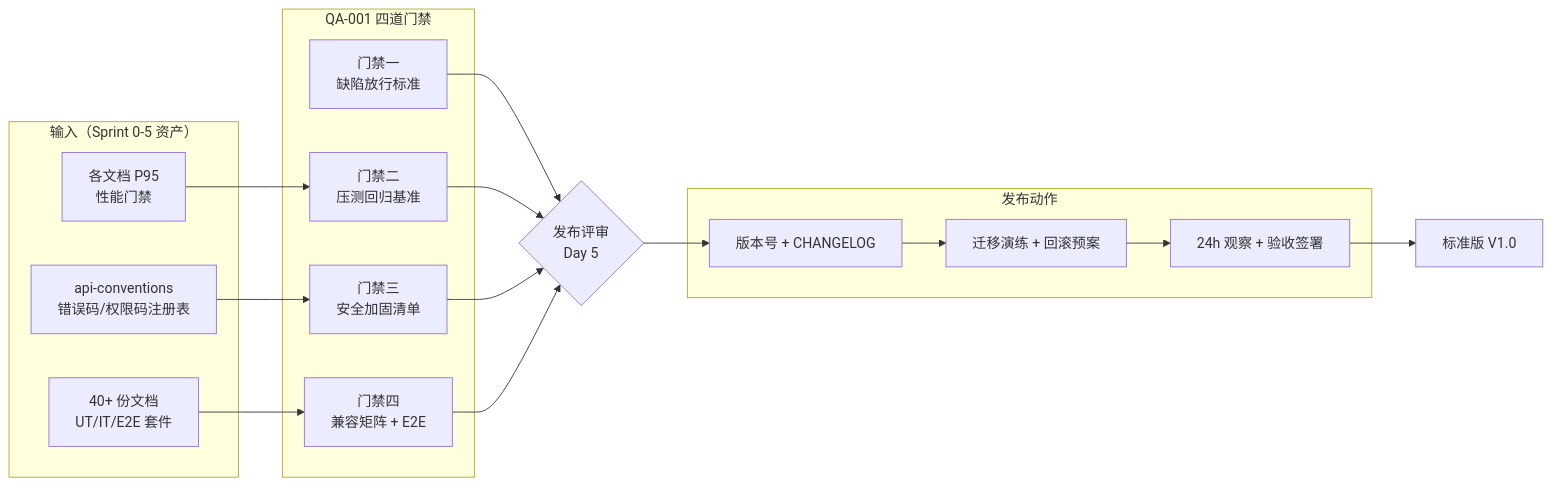
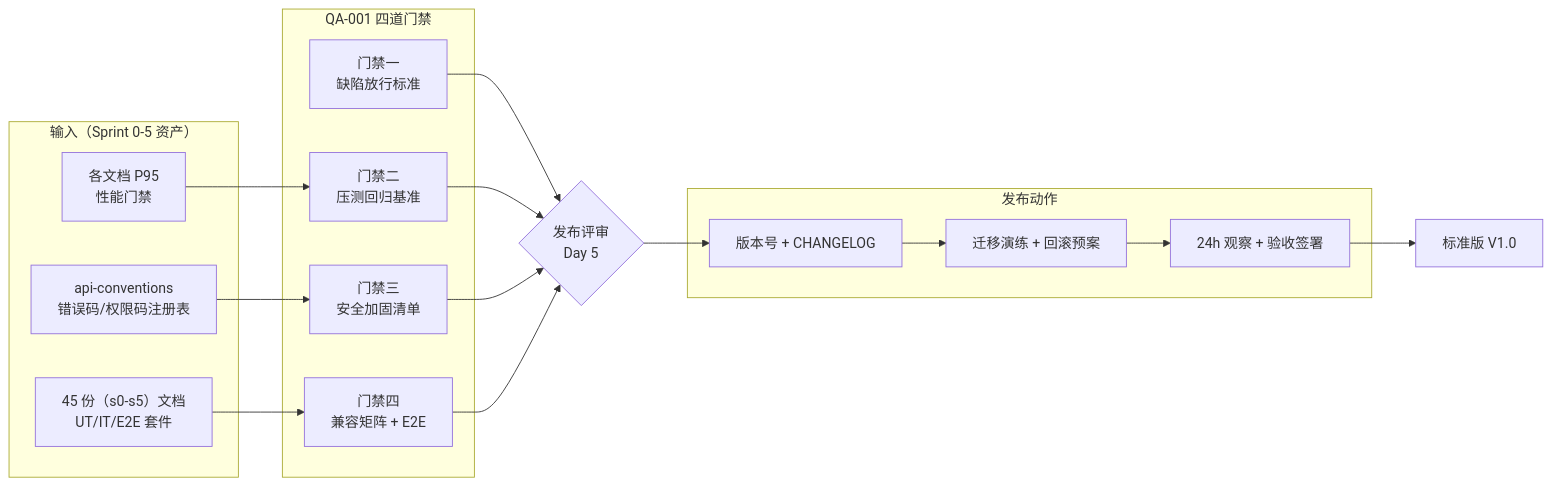
The first of 3 diagrams in docs/sprint-6-stabilize/QA-001-standard-release.md (RabbitAI-Lab/RabbitProjects), drawn with Mermaid before and after one commit. The commit also changed other lines of this file and 3 other files, not shown here.

````diff
--- a/docs/sprint-6-stabilize/QA-001-standard-release.md
+++ b/docs/sprint-6-stabilize/QA-001-standard-release.md
@@ -32,27 +32,27 @@
 ```mermaid
 flowchart LR
     subgraph IN["输入（Sprint 0-5 资产）"]
-        T1["40+ 份文档<br/>UT/IT/E2E 套件"]
+        T1["45 份（s0-s5）文档<br/>UT/IT/E2E 套件"]
         T2["各文档 P95<br/>性能门禁"]
         T3["api-conventions<br/>错误码/权限码注册表"]
     end
     subgraph GATE["QA-001 四道门禁"]
         G1["门禁一<br/>缺陷放行标准"]
         G2["门禁二<br/>压测回归基准"]
         G3["门禁三<br/>安全加固清单"]
         G4["门禁四<br/>兼容矩阵 + E2E"]
     end
     subgraph OUT["发布动作"]
         R1["版本号 + CHANGELOG"]
         R2["迁移演练 + 回滚预案"]
         R3["24h 观察 + 验收签署"]
     end
     T1 --> G4
     T2 --> G2
     T3 --> G3
     G1 --> REL{"发布评审<br/>Day 5"}
     G2 --> REL
     G3 --> REL
     G4 --> REL
     REL --> R1 --> R2 --> R3 --> V10["标准版 V1.0"]
 ```
````
